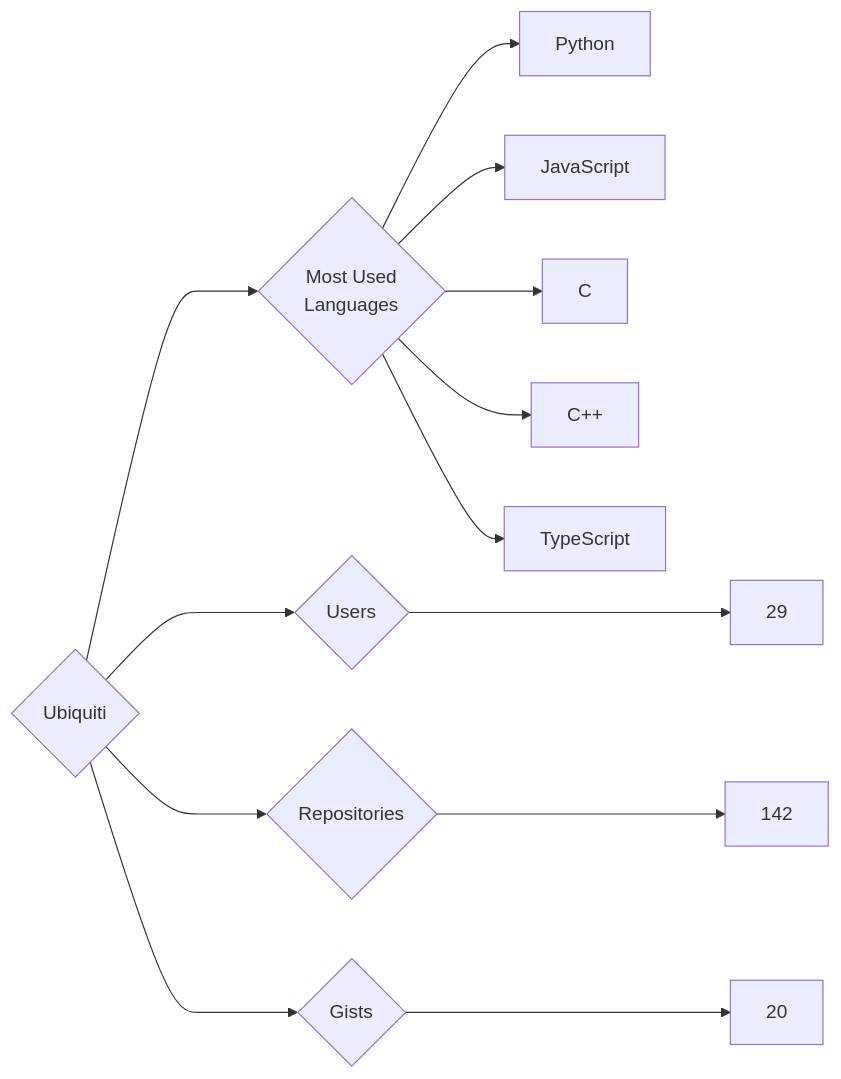
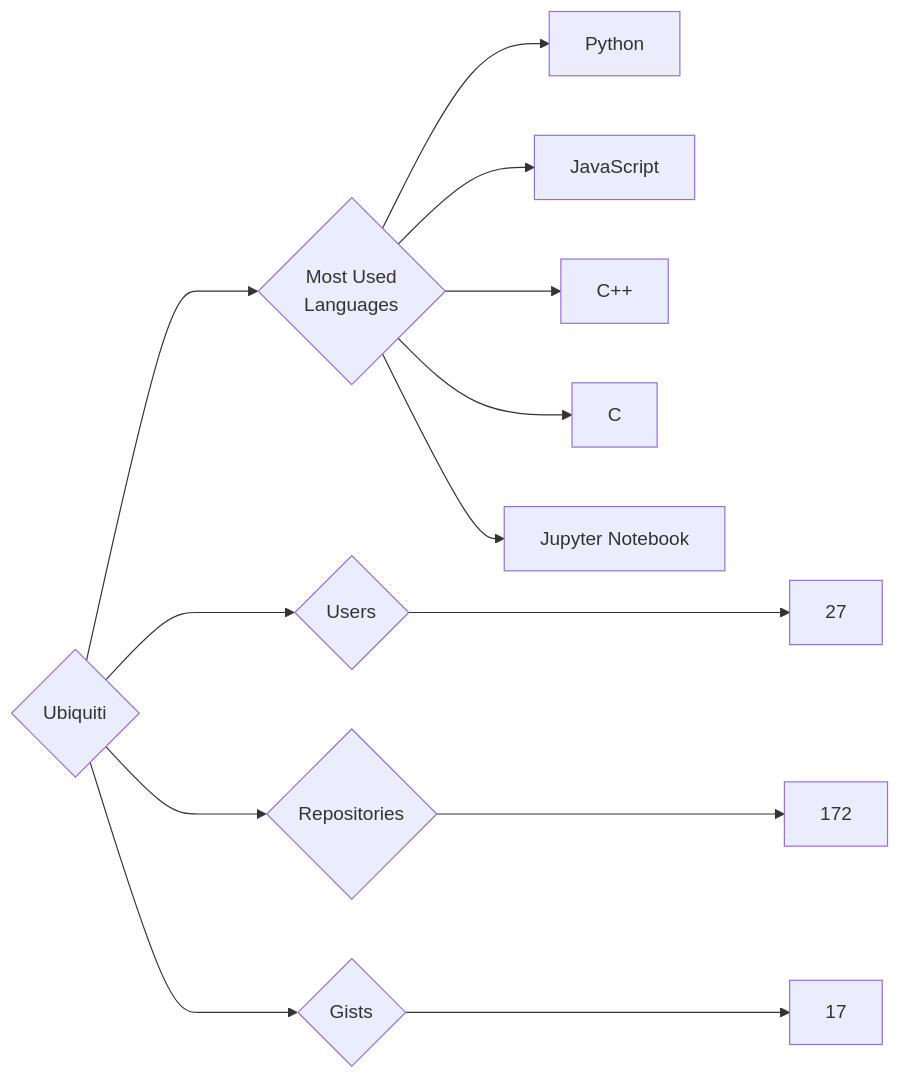
Before and after one commit to trickest/insiders: the diagram in targets/Ubiquiti/README.md, drawn with Mermaid. The commit also changed 787 other files, not shown here.

````diff
--- a/targets/Ubiquiti/README.md
+++ b/targets/Ubiquiti/README.md
@@ -3,13 +3,13 @@
 ```mermaid
 graph LR
 COMPANY_NAME{Ubiquiti}
-COMPANY_NAME ---> U{Users} ---> UN[29]
-COMPANY_NAME ---> R{Repositories} ---> RN[142]
-COMPANY_NAME ---> G{Gists} ---> GN[20]
+COMPANY_NAME ---> U{Users} ---> UN[27]
+COMPANY_NAME ---> R{Repositories} ---> RN[172]
+COMPANY_NAME ---> G{Gists} ---> GN[17]
 COMPANY_NAME ---> ML{Most Used<br>Languages}
 ML --> Python[Python]
 ML --> JavaScript[JavaScript]
+ML --> C++[C++]
 ML --> C[C]
-ML --> C++[C++]
-ML --> TypeScript[TypeScript]
+ML --> Jupyter_Notebook[Jupyter Notebook]
 ```
````
